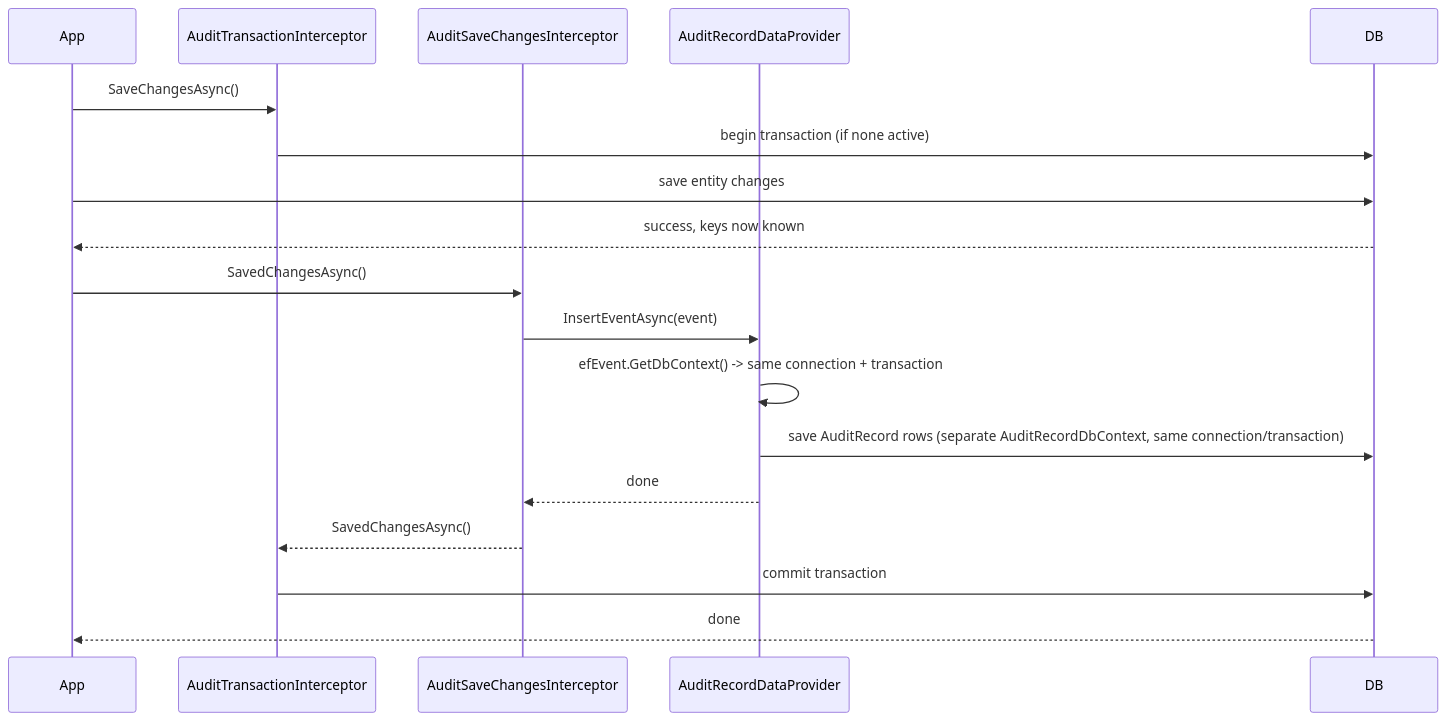
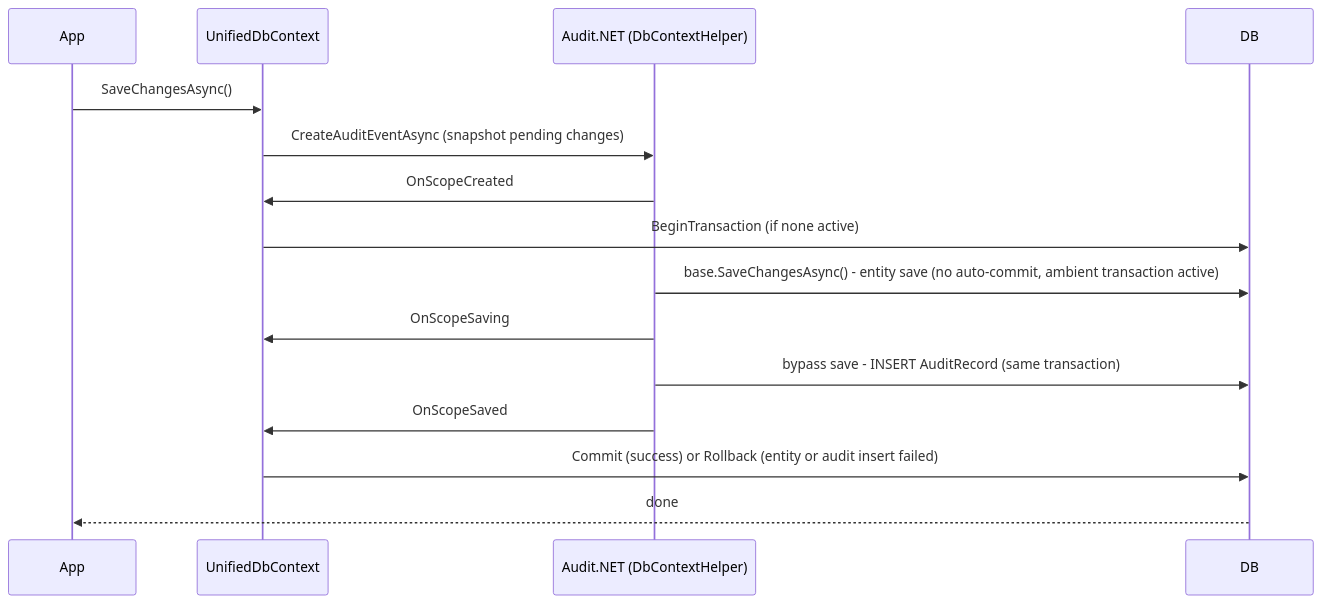
Before and after one commit to bcgov/unified-scheduling: the diagram in api/Unified.Audit/README.md, drawn with Mermaid. The commit also changed other lines of this file and 16 other files, not shown here.

Commit message:
WIP audit.net implementation

````diff
--- a/api/Unified.Audit/README.md
+++ b/api/Unified.Audit/README.md
@@ -95,21 +49,18 @@
 ```mermaid
 sequenceDiagram
     participant App
-    participant TxInterceptor as AuditTransactionInterceptor
-    participant AuditNet as AuditSaveChangesInterceptor
-    participant Provider as AuditRecordDataProvider
+    participant Ctx as UnifiedDbContext
+    participant AuditNet as Audit.NET (DbContextHelper)
     participant DB
 
-    App->>TxInterceptor: SaveChangesAsync()
-    TxInterceptor->>DB: begin transaction (if none active)
-    App->>DB: save entity changes
-    DB-->>App: success, keys now known
-    App->>AuditNet: SavedChangesAsync()
-    AuditNet->>Provider: InsertEventAsync(event)
-    Provider->>Provider: efEvent.GetDbContext() -> same connection + transaction
-    Provider->>DB: save AuditRecord rows (separate AuditRecordDbContext, same connection/transaction)
-    Provider-->>AuditNet: done
-    AuditNet-->>TxInterceptor: SavedChangesAsync()
-    TxInterceptor->>DB: commit transaction
+    App->>Ctx: SaveChangesAsync()
+    Ctx->>AuditNet: CreateAuditEventAsync (snapshot pending changes)
+    AuditNet->>Ctx: OnScopeCreated
+    Ctx->>DB: BeginTransaction (if none active)
+    AuditNet->>DB: base.SaveChangesAsync() - entity save (no auto-commit, ambient transaction active)
+    AuditNet->>Ctx: OnScopeSaving
+    AuditNet->>DB: bypass save - INSERT AuditRecord (same transaction)
+    AuditNet->>Ctx: OnScopeSaved
+    Ctx->>DB: Commit (success) or Rollback (entity or audit insert failed)
     DB-->>App: done
 ```
````
